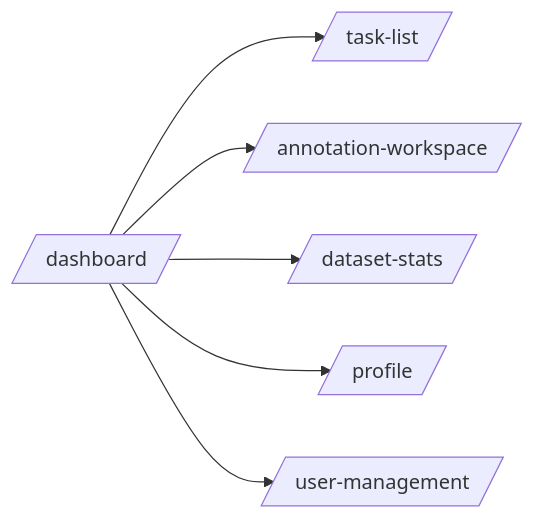
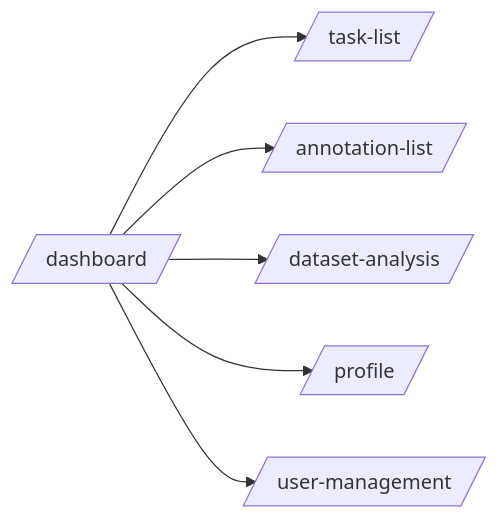
The second of 2 diagrams in specs/shared/008-sidebar-navbar-shared/spec.md (singyichen/label-suite), drawn with Mermaid before and after one commit. The commit also changed other lines of this file and 5 other files, not shown here.

````diff
--- a/specs/shared/008-sidebar-navbar-shared/spec.md
+++ b/specs/shared/008-sidebar-navbar-shared/spec.md
@@ -303,15 +303,15 @@
 ```mermaid
 flowchart LR
     dashboard[/dashboard/]
     taskList[/task-list/]
-    annotation[/annotation-workspace/]
-    datasetStats[/dataset-stats/]
+    annotation[/annotation-list/]
+    datasetList[/dataset-analysis/]
     adminUsers[/user-management/]
     profile[/profile/]
 
     dashboard --> taskList
     dashboard --> annotation
-    dashboard --> datasetStats
+    dashboard --> datasetList
     dashboard --> profile
     dashboard --> adminUsers
 ```
````
